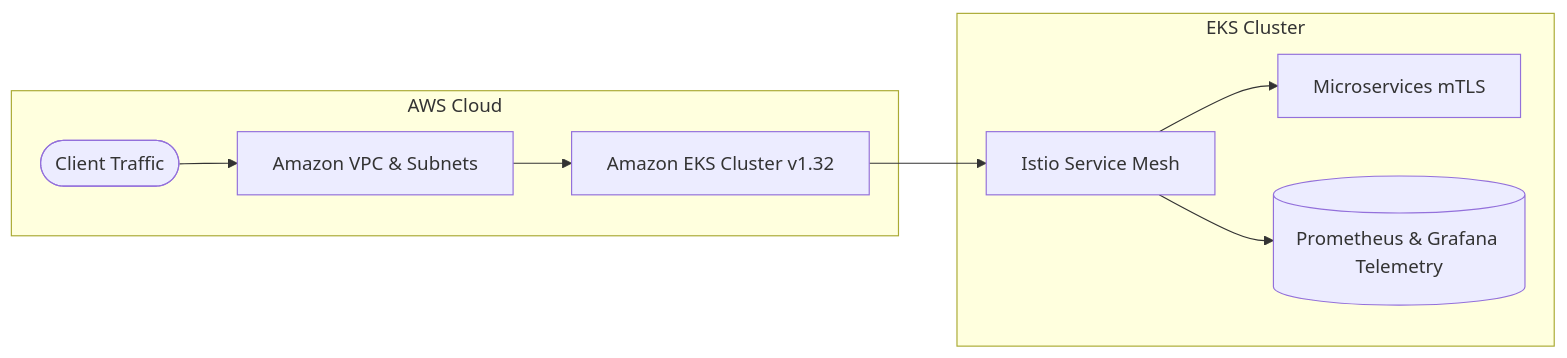
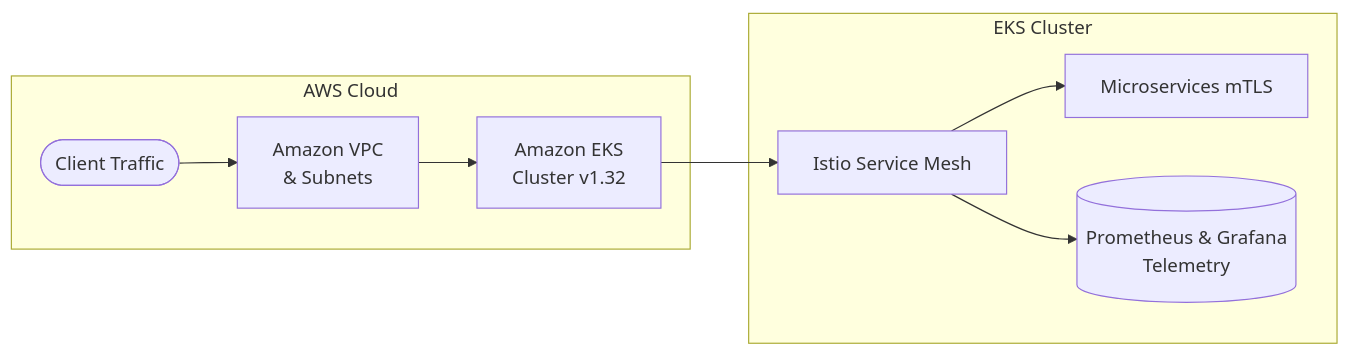
The diagram in README.md (tatan461/terraform-eks-service-mesh-observability), drawn with Mermaid before and after one commit.

Commit message:
Improve readability of AWS Cloud diagram in README
Updated Mermaid diagram labels for better readability.

````diff
--- a/README.md
+++ b/README.md
@@ -14,13 +14,13 @@
 ```mermaid
 graph LR
     subgraph AWS Cloud
-        A([Client Traffic]) --> B[Amazon VPC & Subnets]
-        B --> C[Amazon EKS Cluster v1.32]
+        A([Client Traffic]) --> B["Amazon VPC<br/>& Subnets"]
+        B --> C["Amazon EKS<br/>Cluster v1.32"]
     end
 
     subgraph EKS Cluster
         C --> D[Istio Service Mesh]
         D --> E[Microservices mTLS]
-        D --> F[(Prometheus & Grafana Telemetry)]
+        D --> F[("Prometheus & Grafana<br/>Telemetry")]
     end
 ```
````
